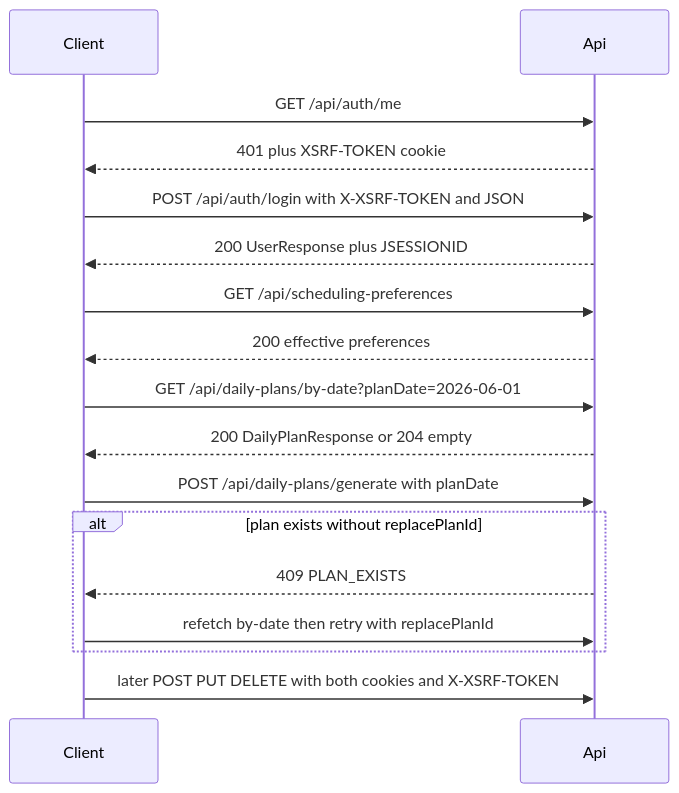
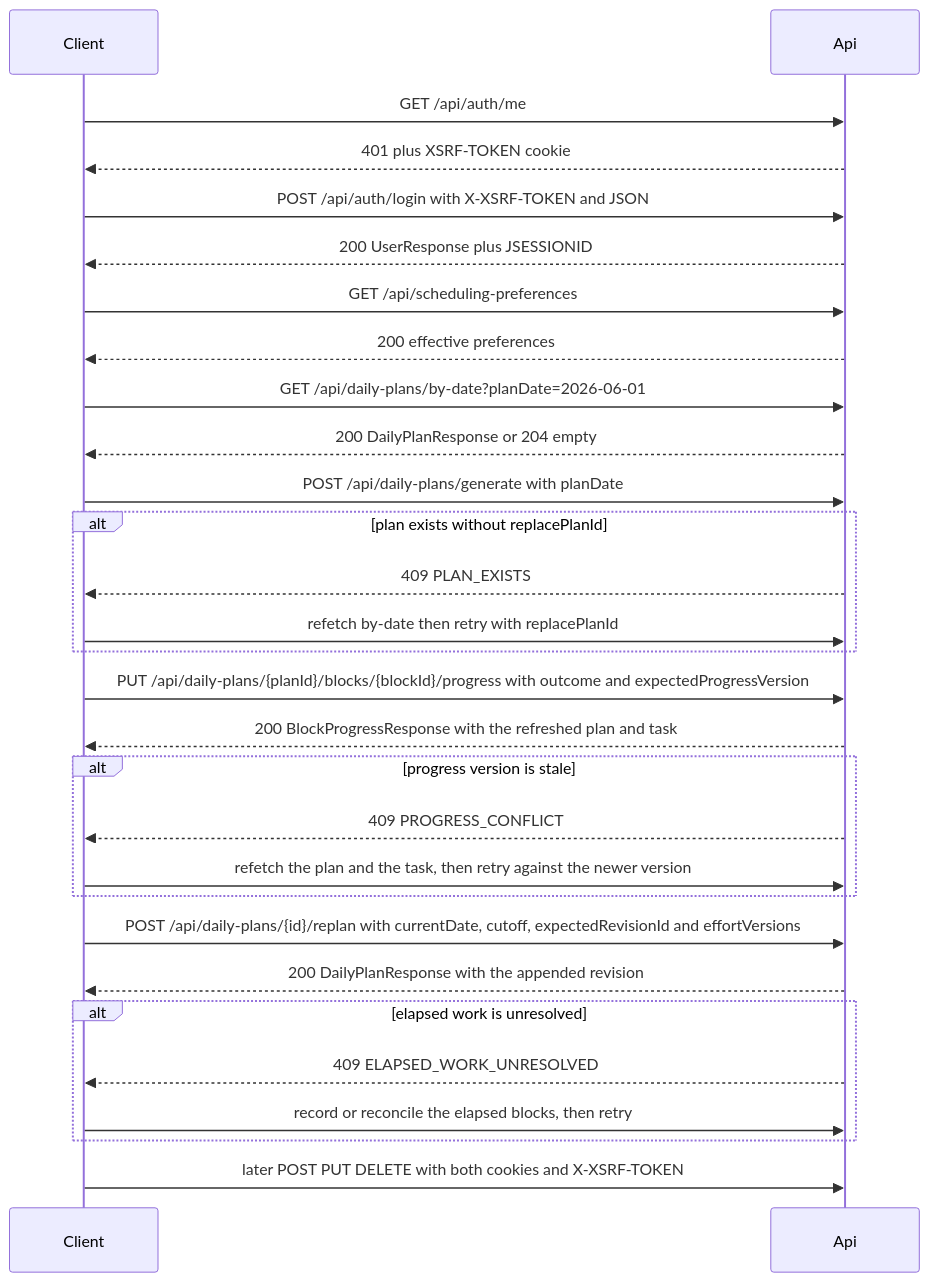
Before and after one commit to xiashuidaolaoshuren/focusflow: the diagram in docs/api.md, drawn with Mermaid. The commit also changed other lines of this file and 3 other files, not shown here.

First line of the commit message:
docs(api): publish the 1.3.0 progress, revision, and re-plan contract

````diff
--- a/docs/api.md
+++ b/docs/api.md
@@ -761,19 +1080,31 @@
 ```mermaid
 sequenceDiagram
   participant Client
   participant Api
   Client->>Api: GET /api/auth/me
   Api-->>Client: 401 plus XSRF-TOKEN cookie
   Client->>Api: POST /api/auth/login with X-XSRF-TOKEN and JSON
   Api-->>Client: 200 UserResponse plus JSESSIONID
   Client->>Api: GET /api/scheduling-preferences
   Api-->>Client: 200 effective preferences
   Client->>Api: GET /api/daily-plans/by-date?planDate=2026-06-01
   Api-->>Client: 200 DailyPlanResponse or 204 empty
   Client->>Api: POST /api/daily-plans/generate with planDate
   alt plan exists without replacePlanId
     Api-->>Client: 409 PLAN_EXISTS
     Client->>Api: refetch by-date then retry with replacePlanId
   end
+  Client->>Api: PUT /api/daily-plans/{planId}/blocks/{blockId}/progress with outcome and expectedProgressVersion
+  Api-->>Client: 200 BlockProgressResponse with the refreshed plan and task
+  alt progress version is stale
+    Api-->>Client: 409 PROGRESS_CONFLICT
+    Client->>Api: refetch the plan and the task, then retry against the newer version
+  end
+  Client->>Api: POST /api/daily-plans/{id}/replan with currentDate, cutoff, expectedRevisionId and effortVersions
+  Api-->>Client: 200 DailyPlanResponse with the appended revision
+  alt elapsed work is unresolved
+    Api-->>Client: 409 ELAPSED_WORK_UNRESOLVED
+    Client->>Api: record or reconcile the elapsed blocks, then retry
+  end
   Client->>Api: later POST PUT DELETE with both cookies and X-XSRF-TOKEN
 ```
````
